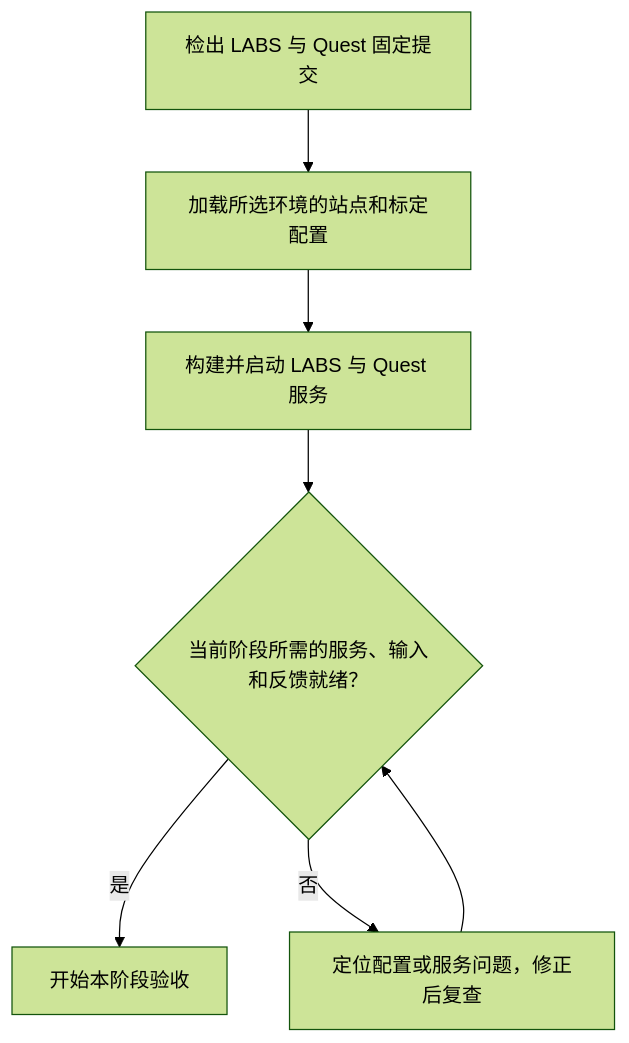
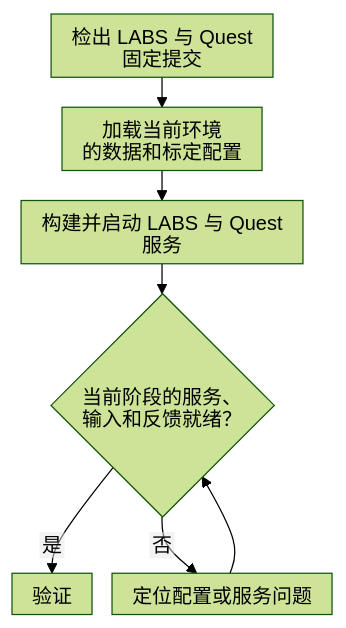
Before and after one commit to YYxzz8866/Quest-Proposal: the diagram in 9、部署集成.md, drawn with Mermaid (forest theme). The commit also changed other lines of this file and 9 other files, not shown here.

````diff
--- a/9、部署集成.md
+++ b/9、部署集成.md
@@ -19,13 +18,14 @@
 ```mermaid
+%%{init: {"htmlLabels": false, "flowchart": {"htmlLabels": false, "useMaxWidth": true, "nodeSpacing": 16, "rankSpacing": 24, "padding": 8}}}%%
 flowchart TD
     Version["检出 LABS 与 Quest 固定提交"]
-    Config["加载所选环境的站点和标定配置"]
+    Config["加载当前环境<br/>的数据和标定配置"]
     Build["构建并启动 LABS 与 Quest 服务"]
-    Check{"当前阶段所需的服务、输入和反馈就绪？"}
-    Ready["开始本阶段验收"]
-    Diagnose["定位配置或服务问题，修正后复查"]
+    Check{"当前阶段的服务、<br/>输入和反馈就绪？"}
+    Ready["验证"]
+    Diagnose["定位配置或服务问题"]
 
     Version --> Config --> Build --> Check
     Check -->|是| Ready
     Check -->|否| Diagnose --> Check
 ```
````
